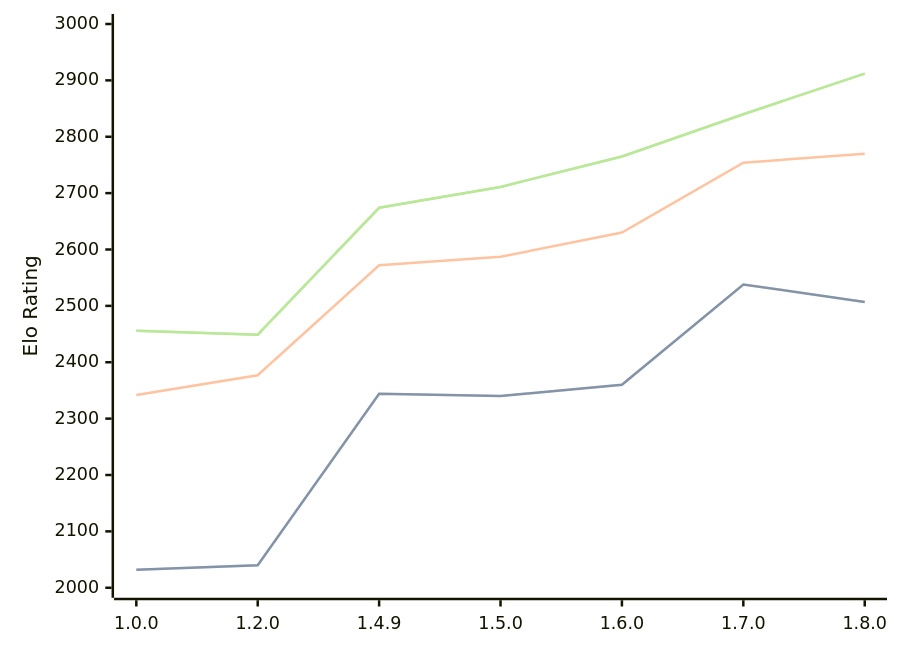
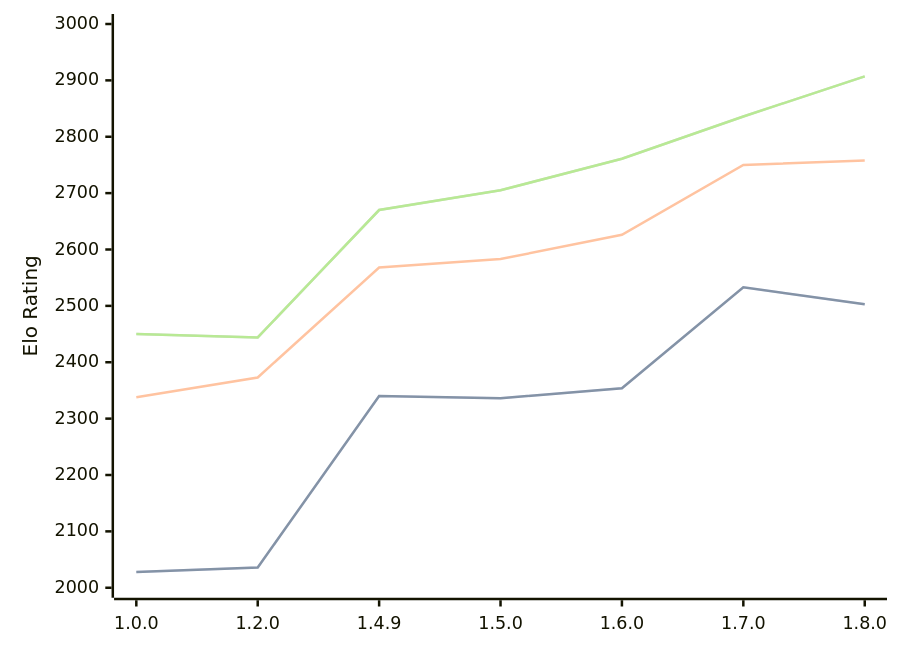
Before and after one commit to computer-chess-index/cci: the first of 3 diagrams in engines/Basilisk.md, drawn with Mermaid. The commit also changed other lines of this file, not shown here.

Commit message:
Update CCI Ratings (ELO VLTC) - 2026-07-16

````diff
--- a/engines/Basilisk.md
+++ b/engines/Basilisk.md
@@ -51,11 +51,11 @@
 ```mermaid
 %%{init: {"theme":"base","themeVariables":{"seriesColors:['#a3a3a3','#222221','#faa371']}}}%%
 xychart-beta
   x-axis ["1.0.0", "1.2.0", "1.4.9", "1.5.0", "1.6.0", "1.7.0", "1.8.0"]
   y-axis "Elo Rating" 2000 --> 3000
-  line "STC (8.0+0.08s)" [2032, 2040, 2344, 2340, 2360, 2538, 2507]
-  line "STC (8.0+0.08s)" [2032, 2040, 2344, 2340, 2360, 2538, 2507]
-  line "LTC (60.0+0.60s)" [2342, 2377, 2572, 2587, 2630, 2754, 2770]
-  line "VLTC (2m24s+1.12s)" [2456, 2449, 2674, 2711, 2765, 2840, 2912]
-  line "VLTC (2m24s+1.12s)" [2456, 2449, 2674, 2711, 2765, 2840, 2912]
+  line "STC (8.0+0.08s)" [2028, 2036, 2340, 2336, 2354, 2533, 2503]
+  line "STC (8.0+0.08s)" [2028, 2036, 2340, 2336, 2354, 2533, 2503]
+  line "LTC (60.0+0.60s)" [2338, 2373, 2568, 2583, 2626, 2750, 2758]
+  line "VLTC (2m24s+1.12s)" [2450, 2444, 2670, 2705, 2761, 2836, 2907]
+  line "VLTC (2m24s+1.12s)" [2450, 2444, 2670, 2705, 2761, 2836, 2907]
 ```
````
